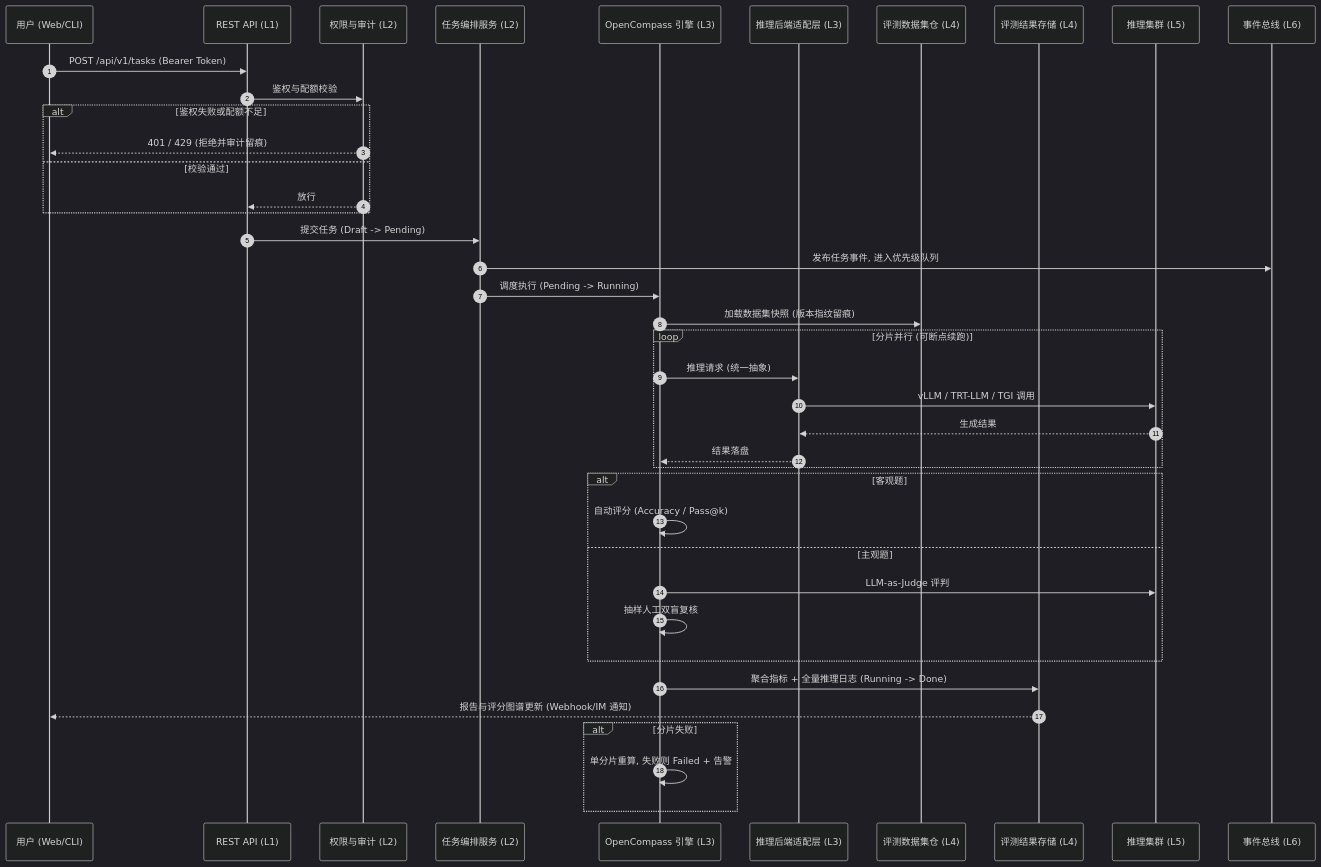
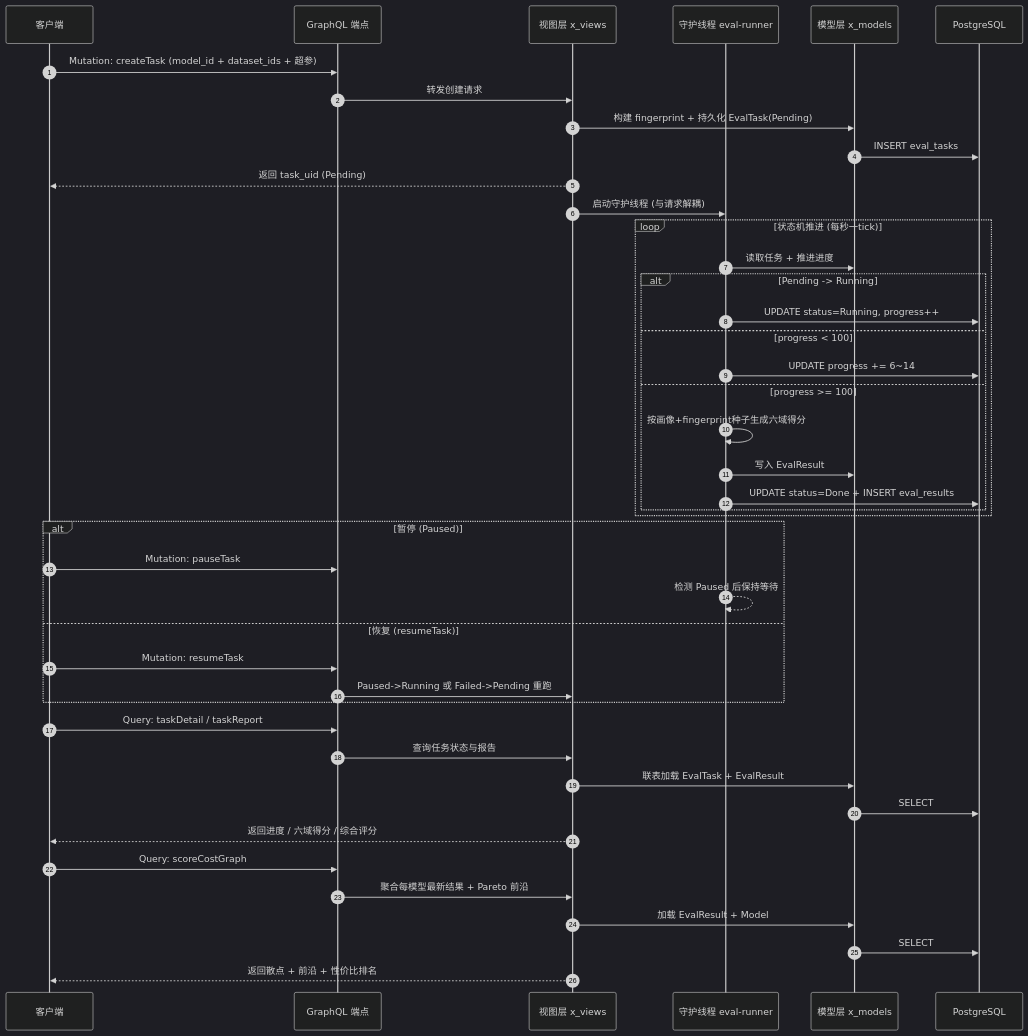
The second of 2 diagrams in README.md (i-TorchLabs/id_x_009), drawn with Mermaid (dark theme) before and after one commit. The commit also changed other lines of this file, not shown here.

````diff
--- a/README.md
+++ b/README.md
@@ -150,43 +130,50 @@
 ```mermaid
 sequenceDiagram
     autonumber
-    participant U as 用户 (Web/CLI)
-    participant GW as REST API (L1)
-    participant AM as 权限与审计 (L2)
-    participant ORCH as 任务编排服务 (L2)
-    participant OC as OpenCompass 引擎 (L3)
-    participant ADAPT as 推理后端适配层 (L3)
-    participant DS as 评测数据集仓 (L4)
-    participant RES as 评测结果存储 (L4)
-    participant GPU as 推理集群 (L5)
-    participant MQ as 事件总线 (L6)
+    participant C as 客户端
+    participant G as GraphQL 端点
+    participant V as 视图层 x_views
+    participant T as 守护线程 eval-runner
+    participant M as 模型层 x_models
+    participant D as PostgreSQL
 
-    U->>GW: POST /api/v1/tasks (Bearer Token)
-    GW->>AM: 鉴权与配额校验
-    alt 鉴权失败或配额不足
-        AM-->>U: 401 / 429 (拒绝并审计留痕)
-    else 校验通过
-        AM-->>GW: 放行
+    C->>G: Mutation: createTask (model_id + dataset_ids + 超参)
+    G->>V: 转发创建请求
+    V->>M: 构建 fingerprint + 持久化 EvalTask(Pending)
+    M->>D: INSERT eval_tasks
+    V-->>C: 返回 task_uid (Pending)
+    V->>T: 启动守护线程 (与请求解耦)
+
+    loop 状态机推进 (每秒一tick)
+        T->>M: 读取任务 + 推进进度
+        alt Pending -> Running
+            T->>D: UPDATE status=Running, progress++
+        else progress < 100
+            T->>D: UPDATE progress += 6~14
+        else progress >= 100
+            T->>T: 按画像+fingerprint种子生成六域得分
+            T->>M: 写入 EvalResult
+            T->>D: UPDATE status=Done + INSERT eval_results
+        end
     end
-    GW->>ORCH: 提交任务 (Draft -> Pending)
-    ORCH->>MQ: 发布任务事件, 进入优先级队列
-    ORCH->>OC: 调度执行 (Pending -> Running)
-    OC->>DS: 加载数据集快照 (版本指纹留痕)
-    loop 分片并行 (可断点续跑)
-        OC->>ADAPT: 推理请求 (统一抽象)
-        ADAPT->>GPU: vLLM / TRT-LLM / TGI 调用
-        GPU-->>ADAPT: 生成结果
-        ADAPT-->>OC: 结果落盘
+
+    alt 暂停 (Paused)
+        C->>G: Mutation: pauseTask
+        T-->>T: 检测 Paused 后保持等待
+    else 恢复 (resumeTask)
+        C->>G: Mutation: resumeTask
+        G->>V: Paused->Running 或 Failed->Pending 重跑
     end
-    alt 客观题
-        OC->>OC: 自动评分 (Accuracy / Pass@k)
-    else 主观题
-        OC->>GPU: LLM-as-Judge 评判
-        OC->>OC: 抽样人工双盲复核
-    end
-    OC->>RES: 聚合指标 + 全量推理日志 (Running -> Done)
-    RES-->>U: 报告与评分图谱更新 (Webhook/IM 通知)
-    alt 分片失败
-        OC->>OC: 单分片重算, 失败则 Failed + 告警
-    end
+
+    C->>G: Query: taskDetail / taskReport
+    G->>V: 查询任务状态与报告
+    V->>M: 联表加载 EvalTask + EvalResult
+    M->>D: SELECT
+    V-->>C: 返回进度 / 六域得分 / 综合评分
+
+    C->>G: Query: scoreCostGraph
+    G->>V: 聚合每模型最新结果 + Pareto 前沿
+    V->>M: 加载 EvalResult + Model
+    M->>D: SELECT
+    V-->>C: 返回散点 + 前沿 + 性价比排名
 ```
````
